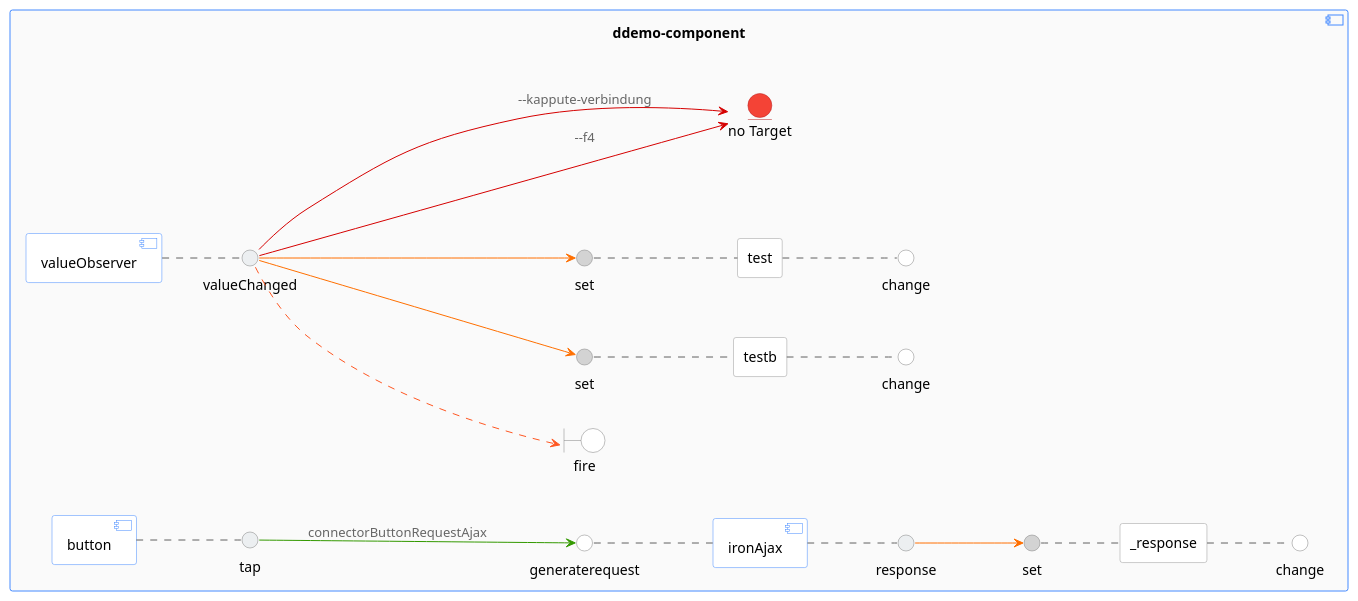
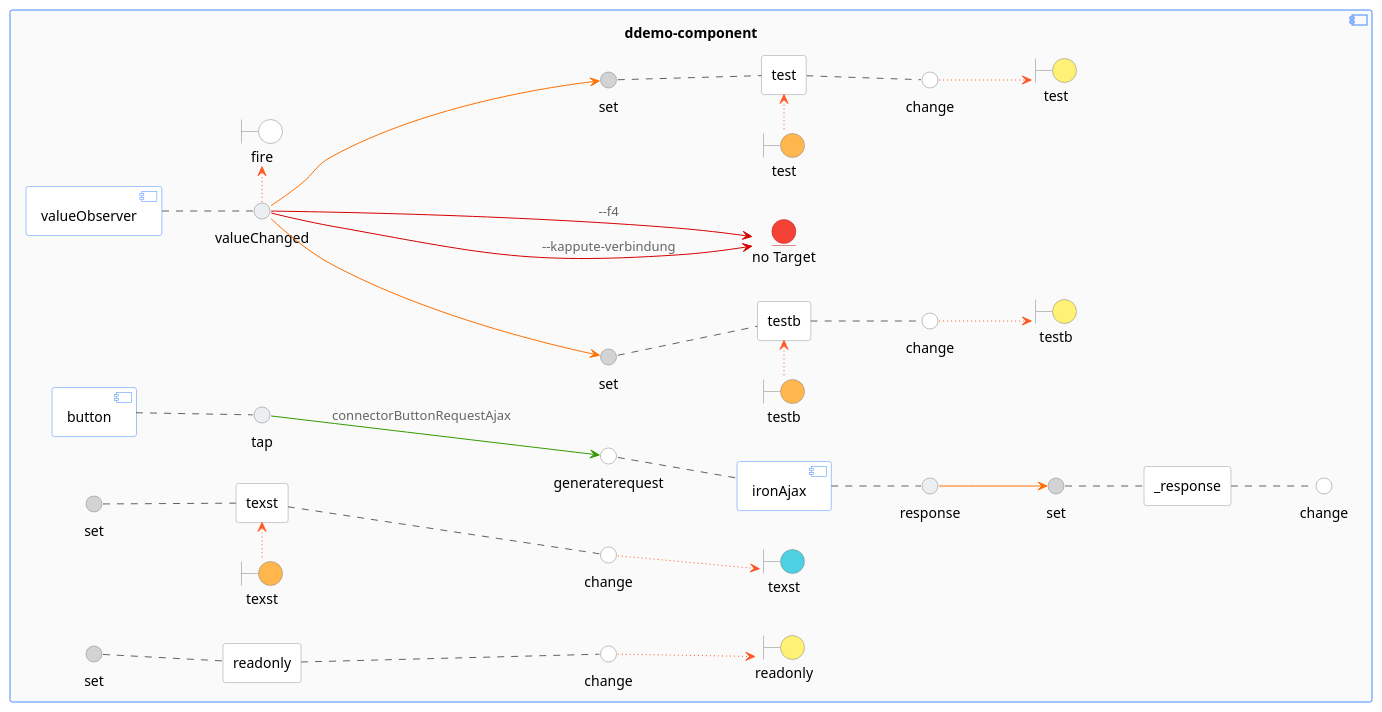
The diagram in demo.puml (veith/flowbased-polymer), drawn with PlantUML before and after one commit. The commit also changed 3 other files, not shown here.

```diff
--- a/demo.puml
+++ b/demo.puml
@@ -1,62 +1,85 @@
 @startuml
 left to right direction
-
  skinparam interface {
 backgroundColor lightgrey
 borderColor grey
 }
 skinparam boundary {
 backgroundColor lightgrey
 borderColor grey
 }
 skinparam entity {
 backgroundColor #f44336
 borderColor #b71c1c
 }
 skinparam component {
 ArrowColor #339900
 ArrowFontColor #666666
 borderColor #448AFF
 }
 skinparam agent {
 ArrowFontColor #666666
 borderColor #999999
 }
 component "ddemo-component" #FAFAFA{
 agent _response as valueelement_response #white
 interface set as interfaceValueelement_responseSet
 interface change as interfaceValueelement_responseChange #white
 interfaceValueelement_responseSet .. valueelement_response #616161
 valueelement_response .. interfaceValueelement_responseChange #616161
 component ironAjax #white
 boundary "fire" as fireFire #white
 component valueObserver #white
 agent testb as valueelementtestb #white
 interface set as interfaceValueelementtestbSet
 interface change as interfaceValueelementtestbChange #white
 interfaceValueelementtestbSet .. valueelementtestb #616161
 valueelementtestb .. interfaceValueelementtestbChange #616161
+boundary "testb" as boundaryValueelementtestbIn #FFB74D
+boundaryValueelementtestbIn ~> valueelementtestb #FF5722
+boundary "testb" as boundaryValueelementtestbOut #FFF176
+interfaceValueelementtestbChange ~~> boundaryValueelementtestbOut #FF5722
 agent test as valueelementtest #white
 interface set as interfaceValueelementtestSet
 interface change as interfaceValueelementtestChange #white
 interfaceValueelementtestSet .. valueelementtest #616161
 valueelementtest .. interfaceValueelementtestChange #616161
+boundary "test" as boundaryValueelementtestIn #FFB74D
+boundaryValueelementtestIn ~> valueelementtest #FF5722
+boundary "test" as boundaryValueelementtestOut #FFF176
+interfaceValueelementtestChange ~~> boundaryValueelementtestOut #FF5722
 component button #white
+agent texst as valueelementtexst #white
+interface set as interfaceValueelementtexstSet
+interface change as interfaceValueelementtexstChange #white
+interfaceValueelementtexstSet .. valueelementtexst #616161
+valueelementtexst .. interfaceValueelementtexstChange #616161
+boundary "texst" as boundaryValueelementtexstOut #4DD0E1
+interfaceValueelementtexstChange ~~> boundaryValueelementtexstOut #FF5722
+boundary "texst" as boundaryValueelementtexstIn #FFB74D
+boundaryValueelementtexstIn ~> valueelementtexst #FF5722
+agent readonly as valueelementreadonly #white
+interface set as interfaceValueelementreadonlySet
+interface change as interfaceValueelementreadonlyChange #white
+interfaceValueelementreadonlySet .. valueelementreadonly #616161
+valueelementreadonly .. interfaceValueelementreadonlyChange #616161
+boundary "readonly" as boundaryValueelementreadonlyOut #FFF176
+interfaceValueelementreadonlyChange ~~> boundaryValueelementreadonlyOut #FF5722
 interface generaterequest as interfaceGeneraterequestironAjax  #white
 interfaceGeneraterequestironAjax .. ironAjax #616161
 interface response as interfaceResponseironAjax #ECEFF1
 ironAjax .. interfaceResponseironAjax #616161
 interfaceResponseironAjax --> interfaceValueelement_responseSet #FF6F00
 interface valueChanged as interfaceValueChangedvalueObserver #ECEFF1
 valueObserver .. interfaceValueChangedvalueObserver #616161
-interfaceValueChangedvalueObserver ..> fireFire #FF5722
+interfaceValueChangedvalueObserver ~> fireFire #FF5722
 interfaceValueChangedvalueObserver --> interfaceValueelementtestbSet #FF6F00
 interfaceValueChangedvalueObserver --> interfaceValueelementtestSet #FF6F00
 interface tap as interfaceTapbutton #ECEFF1
 button .. interfaceTapbutton #616161
 entity "no Target" as XXXXXnirvanaXXXXX
 interfaceValueChangedvalueObserver --->  XXXXXnirvanaXXXXX  #d50000 :--f4
 interfaceValueChangedvalueObserver --->  XXXXXnirvanaXXXXX  #d50000 :--kappute-verbindung
 interfaceTapbutton --> interfaceGeneraterequestironAjax :connectorButtonRequestAjax
 }
 @enduml
```
